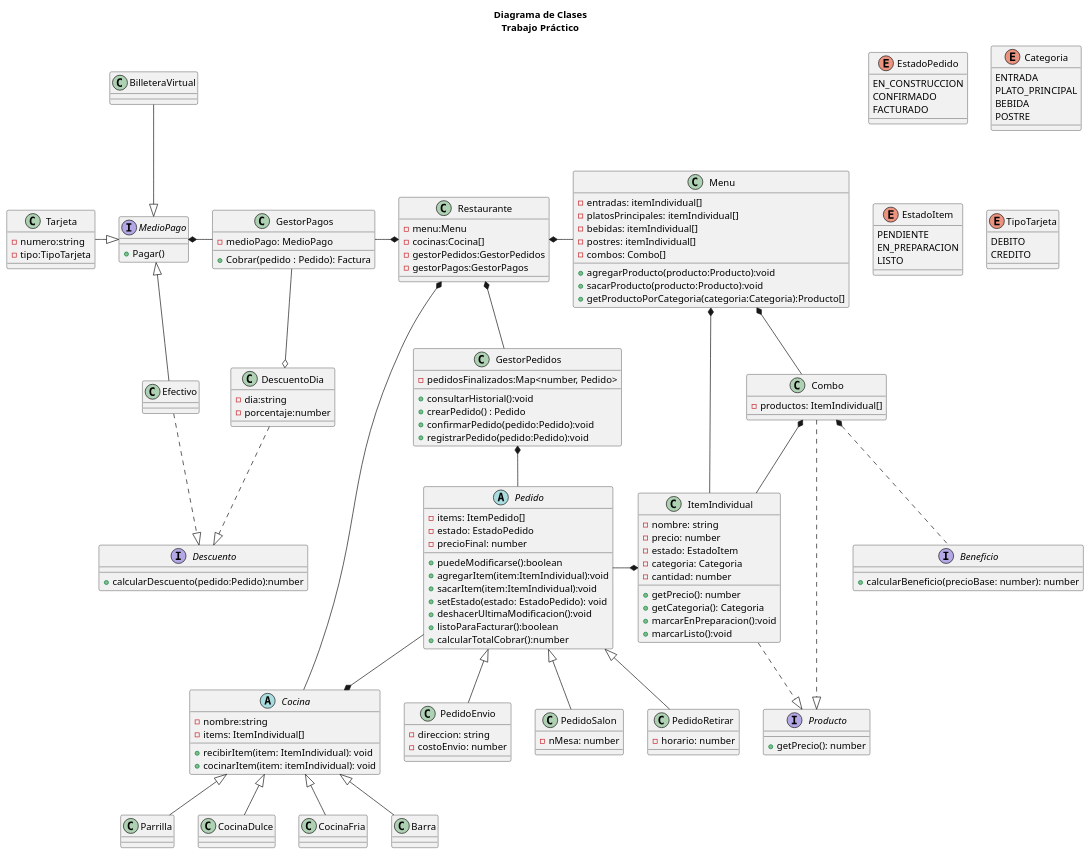
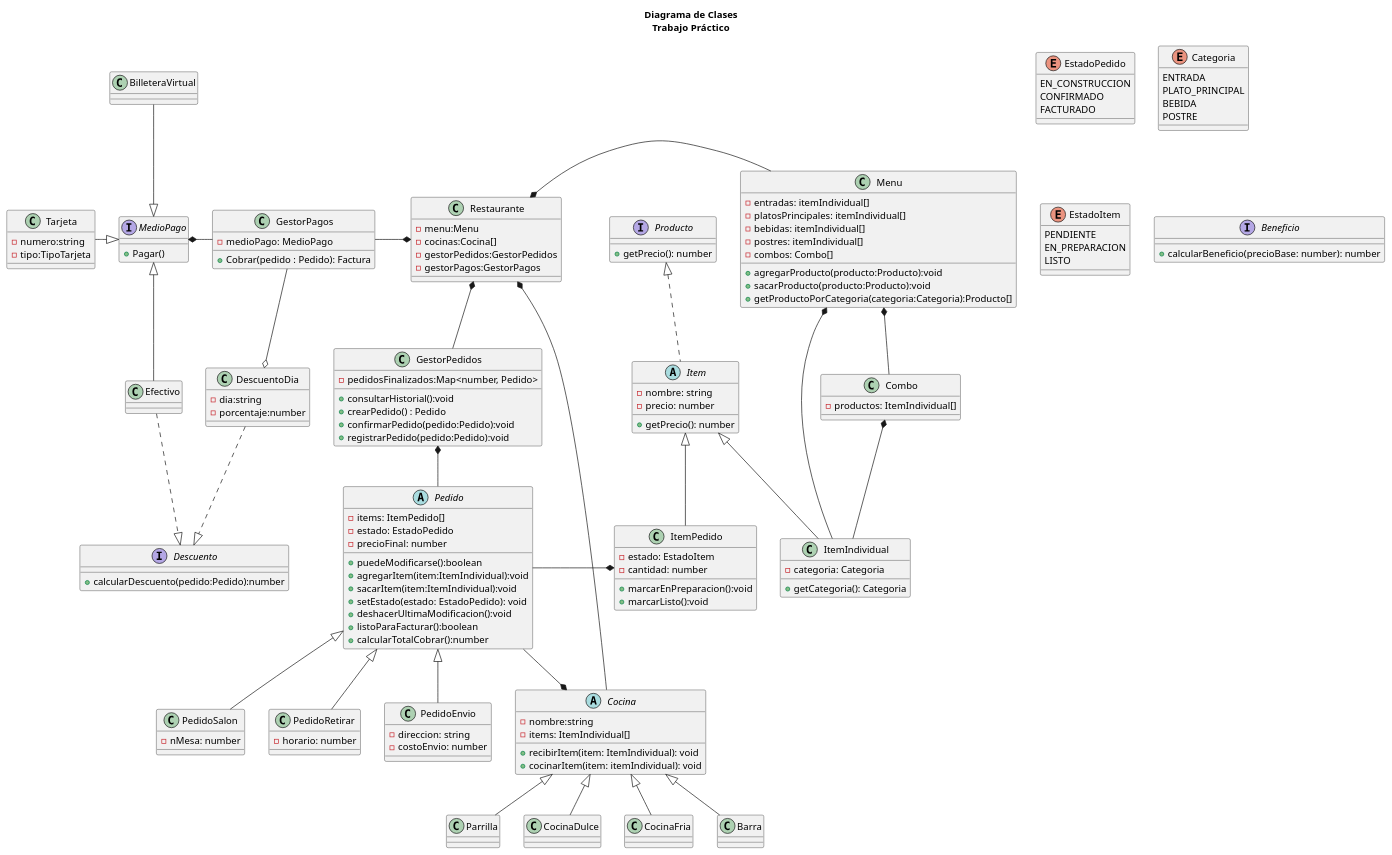
One commit to crstian8819/tp-grupo-11 changed the diagram in diagrama/diagrama.puml. Above: the diagram before and after it, drawn with PlantUML.

Commit message:
separe item del menu de item pedido, los hice clases derivadas de clase abstracta Item, la cual implementa Producto.-

```diff
--- a/diagrama/diagrama.puml
+++ b/diagrama/diagrama.puml
@@ -19,10 +19,7 @@
         EN_PREPARACION
         LISTO
     }
-    enum TipoTarjeta{
-        DEBITO
-        CREDITO
-    }
+
     '-------------Restaurante-Sistema-----------------------
 
     class Restaurante{
@@ -79,19 +76,29 @@
     }
 
     interface Producto {
+        +getPrecio(): number
+    }
+
+    abstract class Item implements Producto { 
+        -nombre: string
+        -precio: number
 
         +getPrecio(): number
     }
 
-    class ItemIndividual {
-        -nombre: string
-        -precio: number
+    class ItemIndividual extends Item{
+        -categoria: Categoria
+
+
+
+        +getCategoria(): Categoria
+
+    }
+
+    class ItemPedido extends Item {
         -estado: EstadoItem
-        -categoria: Categoria
         -cantidad: number
 
-        +getPrecio(): number
-        +getCategoria(): Categoria
         +marcarEnPreparacion():void
         +marcarListo():void
     }
@@ -181,17 +188,14 @@
     Pedido <|-d- PedidoSalon
     Pedido <|-d- PedidoRetirar
     Pedido <|-d- PedidoEnvio
-    Pedido -r-* ItemIndividual
+    Pedido -r-* ItemPedido
     Pedido --* Cocina
 
 'MENU
 
-    ItemIndividual ..|> Producto
     Menu *-- ItemIndividual
     Menu *-- Combo
     Combo *-- ItemIndividual
-    Combo ..|> Producto
-    Combo *.. Beneficio
 
 'COCINA
 
```
